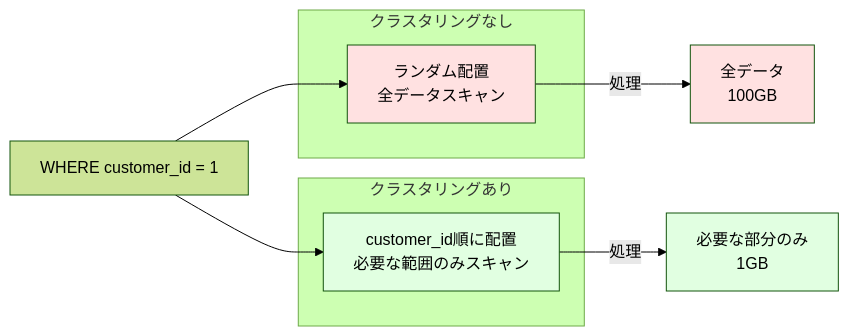
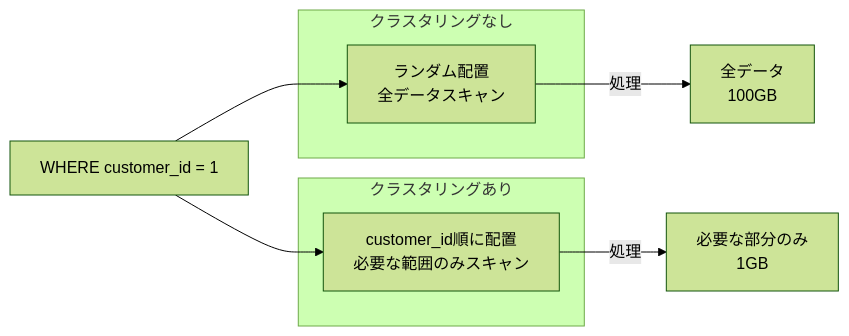
Before and after one commit to 1210yuichi0/1210yuichi0.github.io: the first of 3 diagrams in content/Tech/dbt/categories/models/clustering.md, drawn with Mermaid (forest theme). The commit also changed other lines of this file and 22 other files, not shown here.

First line of the commit message:
style: remove Mermaid style directives for dark mode compatibility

````diff
--- a/content/Tech/dbt/categories/models/clustering.md
+++ b/content/Tech/dbt/categories/models/clustering.md
@@ -36,21 +36,17 @@
 ```mermaid
 graph LR
     subgraph "クラスタリングなし"
         NoCluster[ランダム配置<br/>全データスキャン]
     end
 
     subgraph "クラスタリングあり"
         Cluster[customer_id順に配置<br/>必要な範囲のみスキャン]
     end
 
     Query[WHERE customer_id = 1] --> NoCluster
     Query --> Cluster
 
     NoCluster -->|処理| All[全データ<br/>100GB]
     Cluster -->|処理| Part[必要な部分のみ<br/>1GB]
 
-    style Cluster fill:#e1ffe1
-    style Part fill:#e1ffe1
-    style NoCluster fill:#ffe1e1
-    style All fill:#ffe1e1
 ```
````
